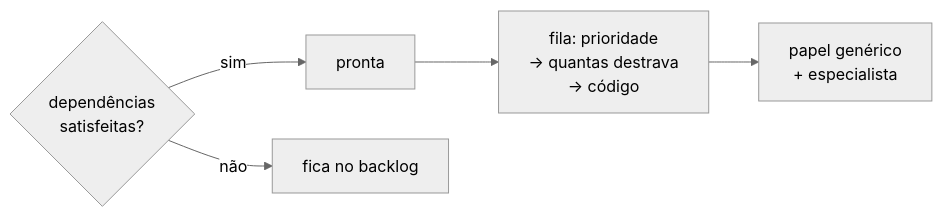
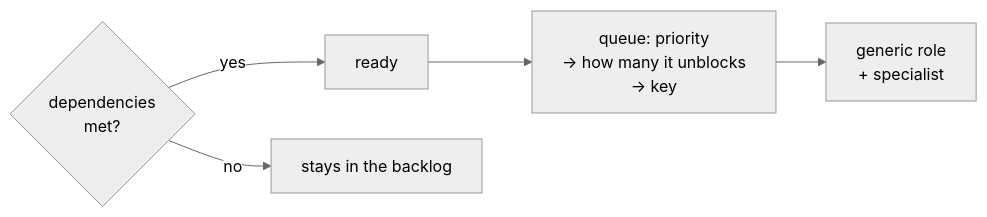
Before and after one commit to enzoconsulo/factory-tcc: the diagram in docs/tasks/en/E4-task-production-line/FAB-402-dependency-queue-and-specialist-team.md, drawn with Mermaid (neutral theme). The commit also changed 52 other files, not shown here.

````diff
--- a/docs/tasks/en/E4-task-production-line/FAB-402-dependency-queue-and-specialist-team.md
+++ b/docs/tasks/en/E4-task-production-line/FAB-402-dependency-queue-and-specialist-team.md
@@ -11,7 +11,7 @@
 ```mermaid
 flowchart LR
-  D{"dependências<br/>satisfeitas?"} -- "sim" --> P["pronta"]
-  D -- "não" --> B["fica no backlog"]
-  P --> O["fila: prioridade<br/>→ quantas destrava<br/>→ código"]
-  O --> W["papel genérico<br/>+ especialista"]
+  D{"dependencies<br/>met?"} -- "yes" --> P["ready"]
+  D -- "no" --> B["stays in the backlog"]
+  P --> O["queue: priority<br/>→ how many it unblocks<br/>→ key"]
+  O --> W["generic role<br/>+ specialist"]
 ```
````
